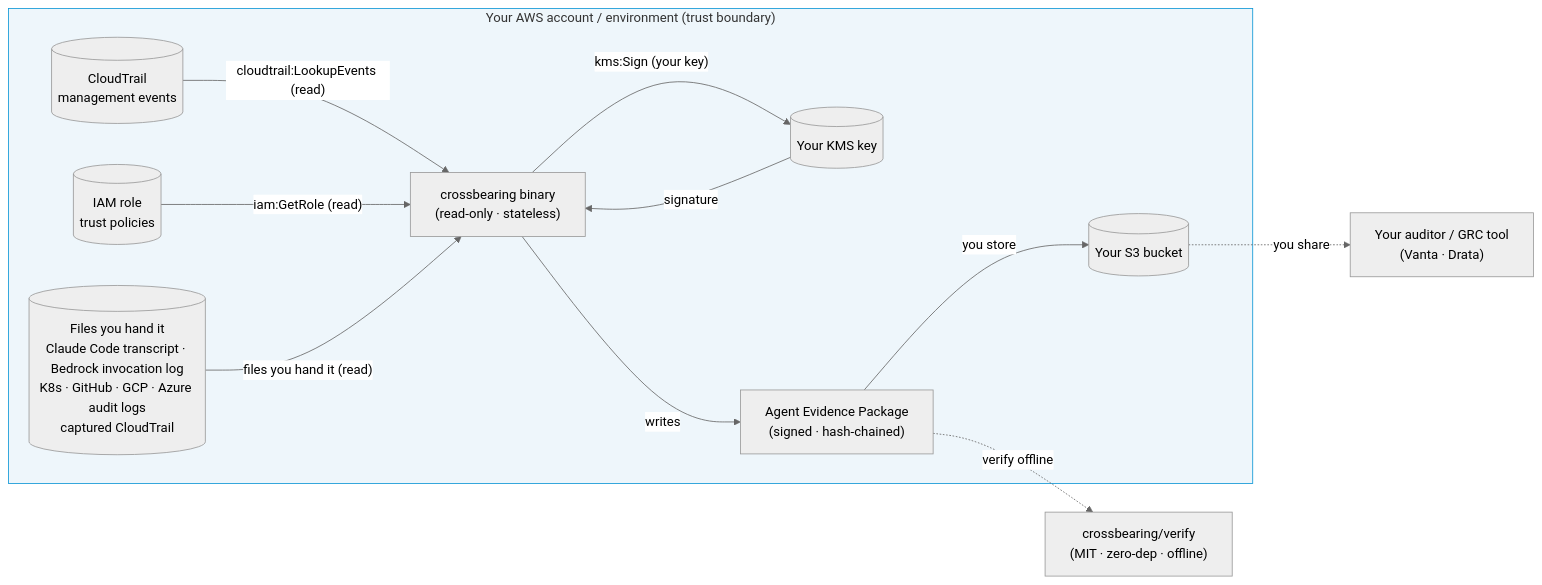
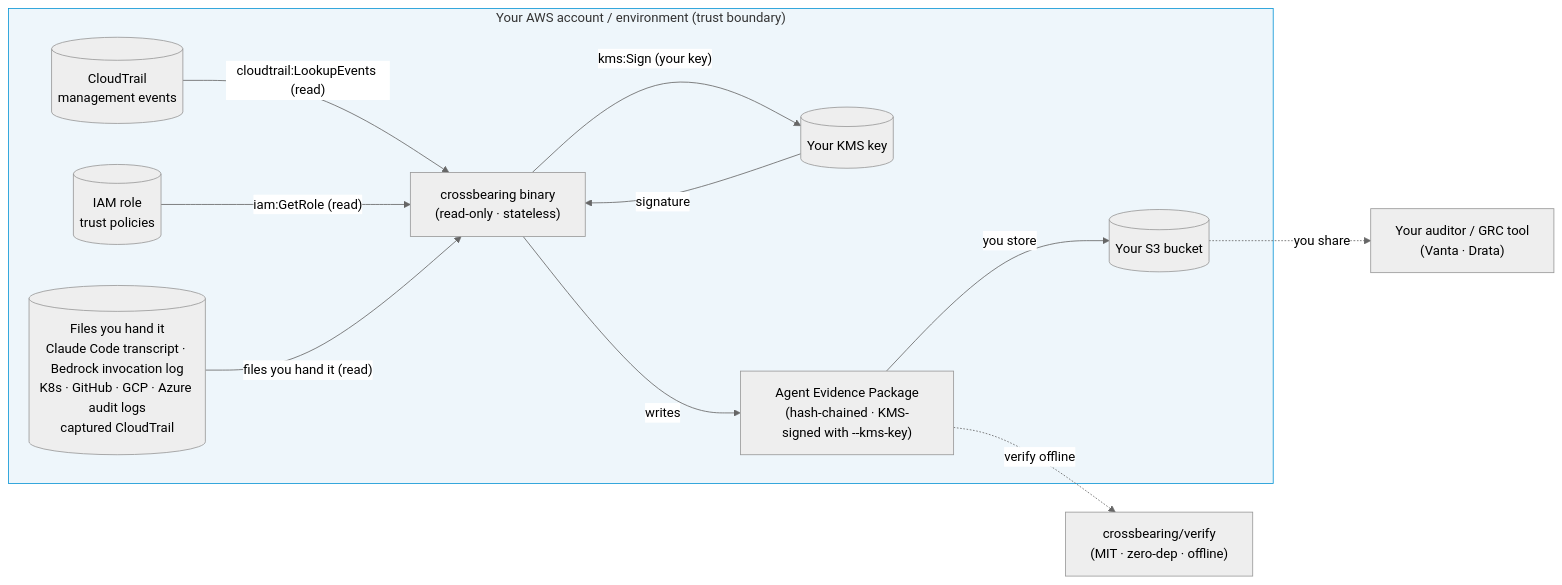
Before and after one commit to crossbearing/crossbearing: the diagram in docs/security/data-flow.md, drawn with Mermaid (neutral theme). The commit also changed other lines of this file and 1 other file, not shown here.

````diff
--- a/docs/security/data-flow.md
+++ b/docs/security/data-flow.md
@@ -7,30 +7,30 @@
 ```mermaid
 flowchart LR
   subgraph YOUR["Your AWS account / environment  (trust boundary)"]
     CT[(CloudTrail<br/>management events)]
     IAM[(IAM role<br/>trust policies)]
     LOGS[(Files you hand it<br/>Claude Code transcript · Bedrock invocation log<br/>K8s · GitHub · GCP · Azure audit logs<br/>captured CloudTrail)]
     KMS[(Your KMS key)]
     S3[(Your S3 bucket)]
 
     BIN["crossbearing binary<br/>(read-only · stateless)"]
-    PKG["Agent Evidence Package<br/>(signed · hash-chained)"]
+    PKG["Agent Evidence Package<br/>(hash-chained · KMS-signed with --kms-key)"]
 
     CT -- "cloudtrail:LookupEvents (read)" --> BIN
     IAM -- "iam:GetRole (read)" --> BIN
     LOGS -- "files you hand it (read)" --> BIN
     BIN -- "kms:Sign (your key)" --> KMS
     KMS -- signature --> BIN
     BIN -- writes --> PKG
     PKG -- you store --> S3
   end
 
   AUD["Your auditor / GRC tool<br/>(Vanta · Drata)"]
   VERIFY["crossbearing/verify<br/>(MIT · zero-dep · offline)"]
 
   S3 -. "you share" .-> AUD
   PKG -. verify offline .-> VERIFY
 
   classDef boundary fill:#eef6fb,stroke:#0b96d6,stroke-width:1px;
   class YOUR boundary;
 ```
````
